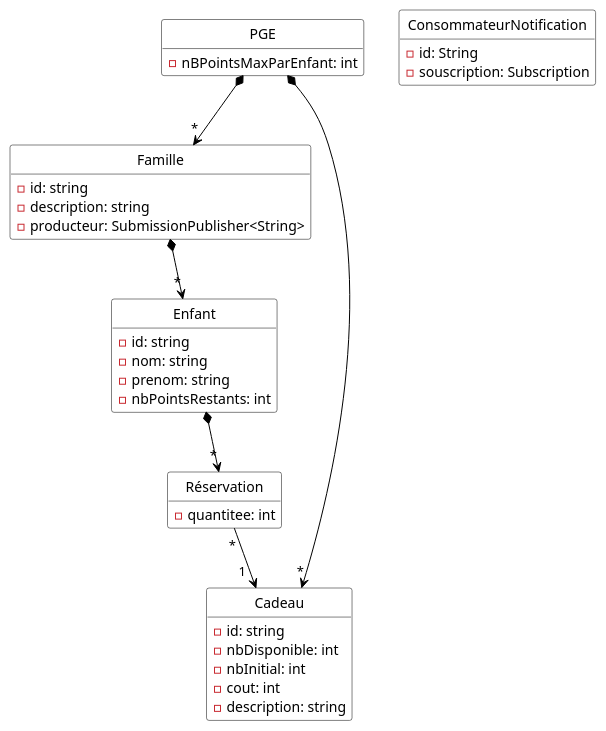
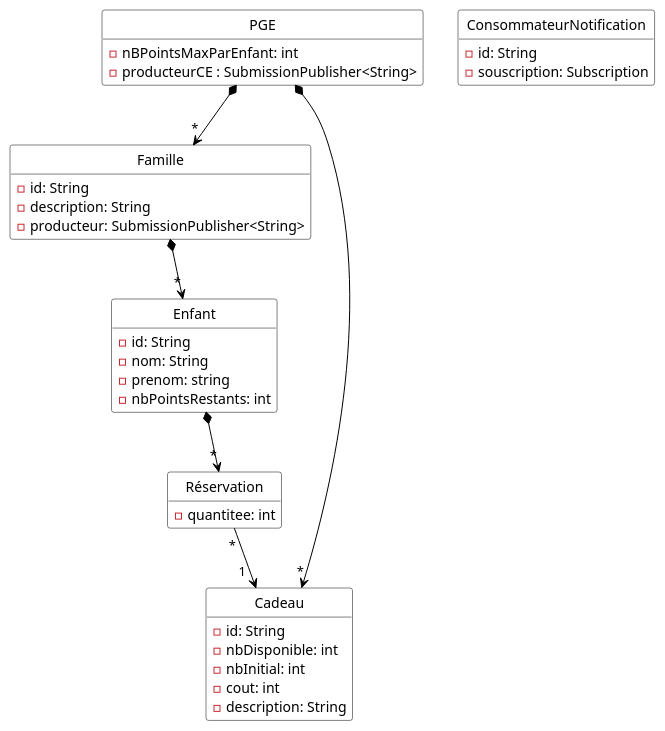
Before and after one commit to yasminebelmaaziz/dev_logiciel: the diagram in Diagrammes/pge_uml_diag_classes.pu, drawn with PlantUML. The commit also changed 7 other files, not shown here.

```diff
--- a/Diagrammes/pge_uml_diag_classes.pu
+++ b/Diagrammes/pge_uml_diag_classes.pu
@@ -1,59 +1,60 @@
 @startuml
 hide empty methods
 hide circle
 skinparam class {
   BackgroundColor White
   ArrowColor Black
   BorderColor Black
 }
 skinparam groupInheritance 3
 
 class PGE {
   - nBPointsMaxParEnfant: int
+  - producteurCE : SubmissionPublisher<String>
 }
 
 class Famille {
-  - id: string
-  - description: string
+  - id: String
+  - description: String
   - producteur: SubmissionPublisher<String>
   
 }
 
 class ConsommateurNotification {
     - id: String
     - souscription: Subscription
 }
 
 
 class Enfant {
-  - id: string
-  - nom: string
+  - id: String
+  - nom: String
   - prenom: string
   - nbPointsRestants: int
 }
 
 class Cadeau {
-  - id: string
+  - id: String
   - nbDisponible: int
   - nbInitial: int
   - cout: int
-  - description: string
+  - description: String
 }
 
 class Réservation {
   - quantitee: int
 }
 
 
 
 PGE *--> "*" Famille
 PGE *--> "*" Cadeau
 
 Enfant *-->"*" Réservation
 Réservation "*"--> "1  " Cadeau
 
 
 Famille *--> "*" Enfant
 
 
 @enduml
```
